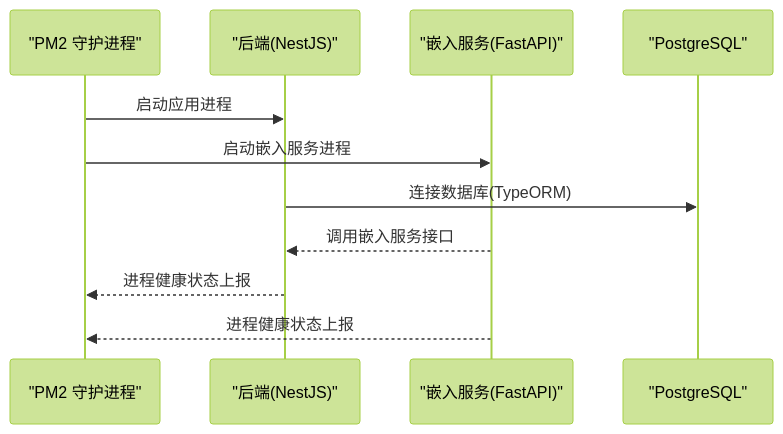
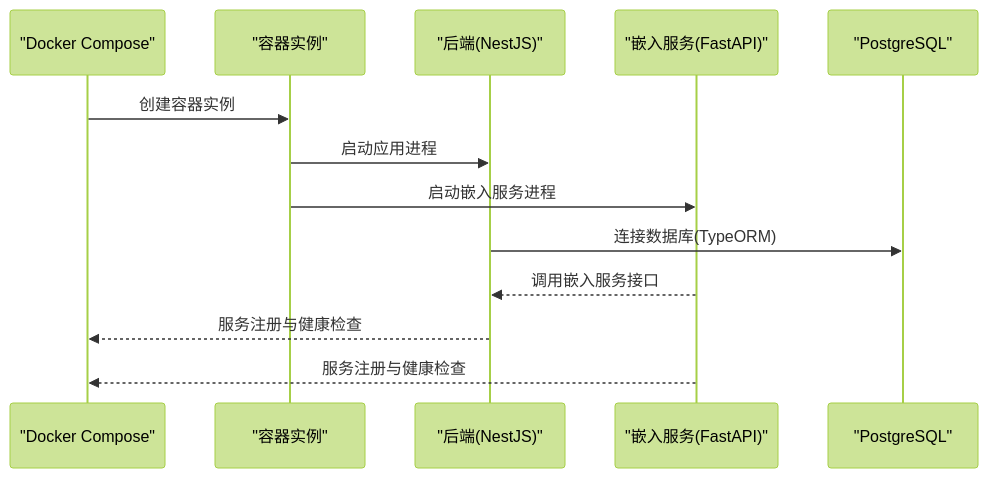
Before and after one commit to L1mingyoung/ex: the fourth of 7 diagrams in .qoder/repowiki/zh/content/部署与运维/部署与运维.md, drawn with Mermaid (forest theme). The commit also changed other lines of this file and 16 other files, not shown here.

````diff
--- a/.qoder/repowiki/zh/content/部署与运维/部署与运维.md
+++ b/.qoder/repowiki/zh/content/部署与运维/部署与运维.md
@@ -147,13 +233,15 @@
 ```mermaid
 sequenceDiagram
-participant PM2 as "PM2 守护进程"
-participant BE as "后端(NestJS)"
-participant ES as "嵌入服务(FastAPI)"
-participant DB as "PostgreSQL"
-PM2->>BE : 启动应用进程
-PM2->>ES : 启动嵌入服务进程
-BE->>DB : 连接数据库(TypeORM)
-ES-->>BE : 调用嵌入服务接口
-BE-->>PM2 : 进程健康状态上报
-ES-->>PM2 : 进程健康状态上报
+participant Compose as "Docker Compose"
+participant Container as "容器实例"
+participant Backend as "后端(NestJS)"
+participant Embedding as "嵌入服务(FastAPI)"
+participant Database as "PostgreSQL"
+Compose->>Container : 创建容器实例
+Container->>Backend : 启动应用进程
+Container->>Embedding : 启动嵌入服务进程
+Backend->>Database : 连接数据库(TypeORM)
+Embedding-->>Backend : 调用嵌入服务接口
+Backend-->>Compose : 服务注册与健康检查
+Embedding-->>Compose : 服务注册与健康检查
 ```
````
